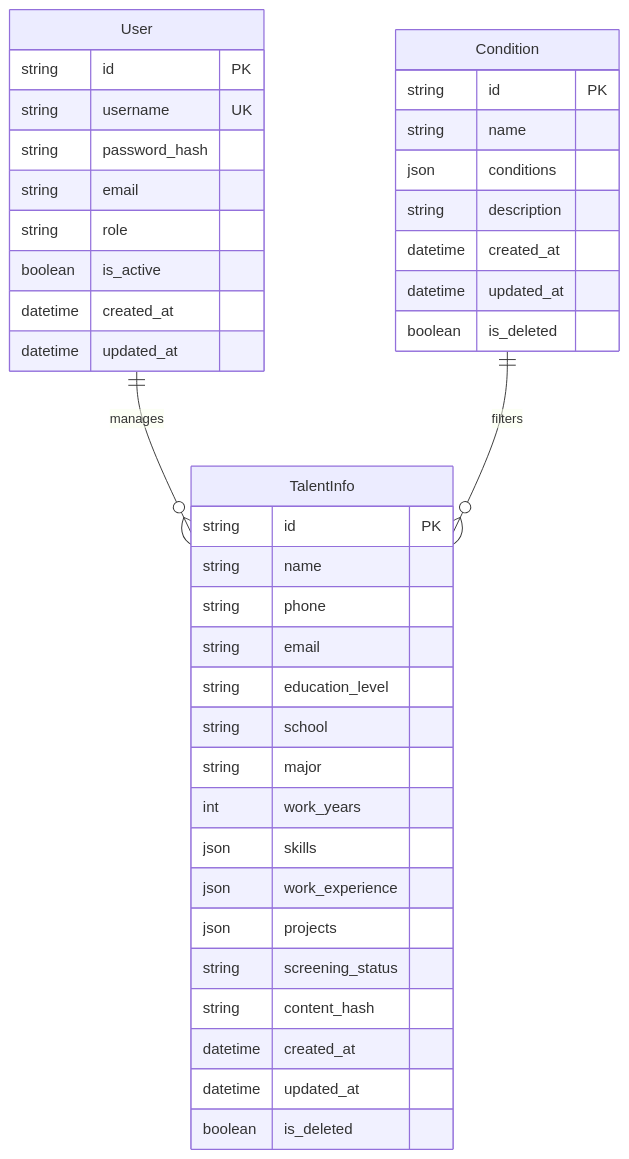
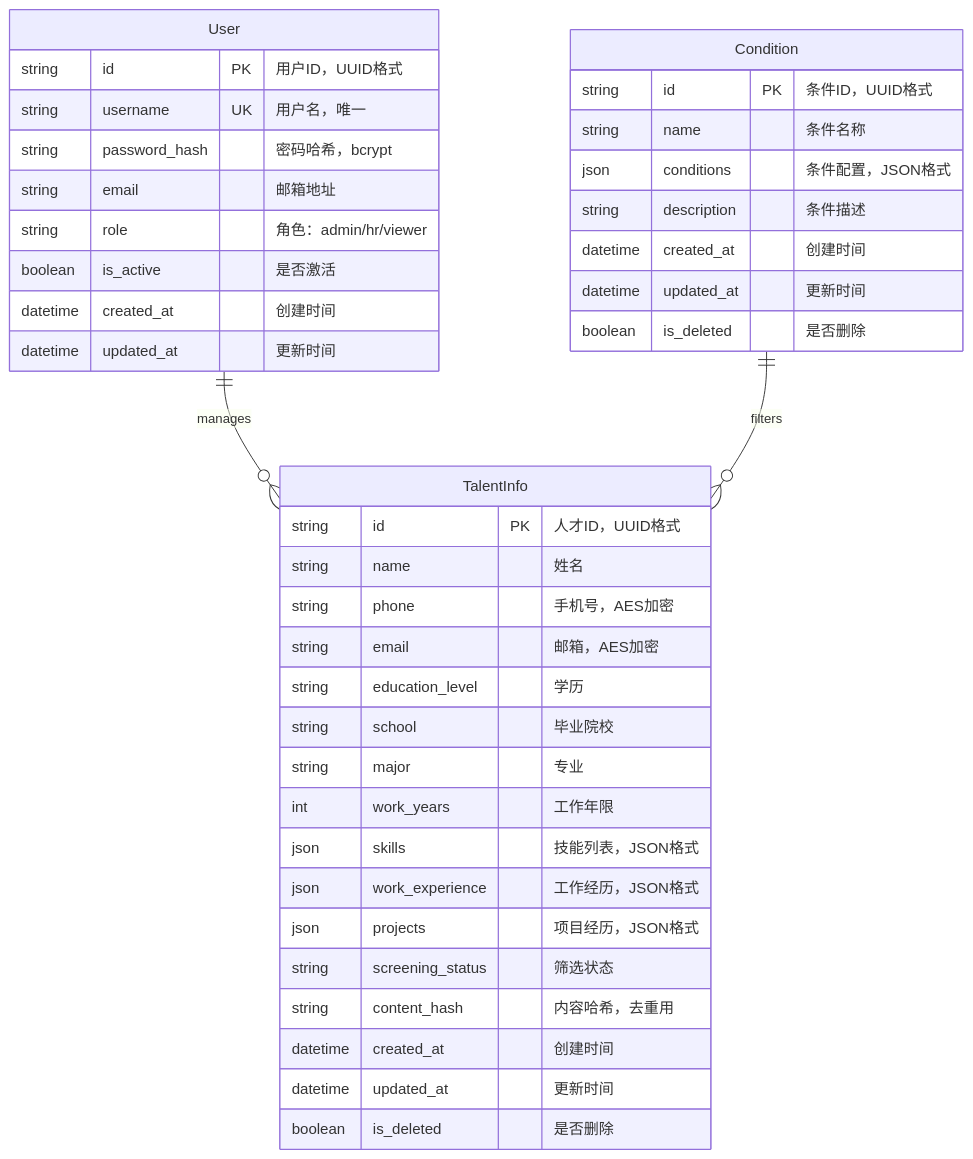
Before and after one commit to xt765/ResumeScreening: the sixth of 11 diagrams in docs/architecture.md, drawn with Mermaid. The commit also changed other lines of this file and 5 other files, not shown here.

First line of the commit message:
docs: 全面更新文档，修复Mermaid图表兼容性

````diff
--- a/docs/architecture.md
+++ b/docs/architecture.md
@@ -191,45 +430,45 @@
 ```mermaid
 erDiagram
     User ||--o{ TalentInfo : manages
     Condition ||--o{ TalentInfo : filters
-    
+  
     User {
-        string id PK
-        string username UK
-        string password_hash
-        string email
-        string role
-        boolean is_active
-        datetime created_at
-        datetime updated_at
+        string id PK "用户ID，UUID格式"
+        string username UK "用户名，唯一"
+        string password_hash "密码哈希，bcrypt"
+        string email "邮箱地址"
+        string role "角色：admin/hr/viewer"
+        boolean is_active "是否激活"
+        datetime created_at "创建时间"
+        datetime updated_at "更新时间"
     }
-    
+  
     TalentInfo {
-        string id PK
-        string name
-        string phone
-        string email
-        string education_level
-        string school
-        string major
-        int work_years
-        json skills
-        json work_experience
-        json projects
-        string screening_status
-        string content_hash
-        datetime created_at
-        datetime updated_at
-        boolean is_deleted
+        string id PK "人才ID，UUID格式"
+        string name "姓名"
+        string phone "手机号，AES加密"
+        string email "邮箱，AES加密"
+        string education_level "学历"
+        string school "毕业院校"
+        string major "专业"
+        int work_years "工作年限"
+        json skills "技能列表，JSON格式"
+        json work_experience "工作经历，JSON格式"
+        json projects "项目经历，JSON格式"
+        string screening_status "筛选状态"
+        string content_hash "内容哈希，去重用"
+        datetime created_at "创建时间"
+        datetime updated_at "更新时间"
+        boolean is_deleted "是否删除"
     }
-    
+  
     Condition {
-        string id PK
-        string name
-        json conditions
-        string description
-        datetime created_at
-        datetime updated_at
-        boolean is_deleted
+        string id PK "条件ID，UUID格式"
+        string name "条件名称"
+        json conditions "条件配置，JSON格式"
+        string description "条件描述"
+        datetime created_at "创建时间"
+        datetime updated_at "更新时间"
+        boolean is_deleted "是否删除"
     }
 ```
````
